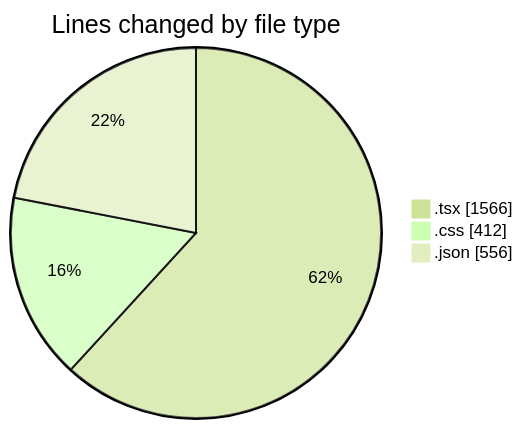
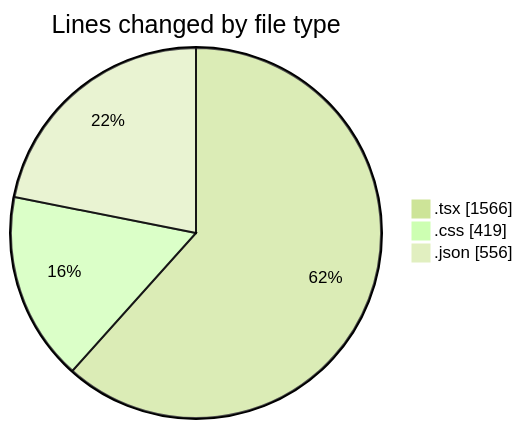
The first of 2 diagrams in 2025-08-04/tw-server/README.md (EIIisD/code-tracking), drawn with Mermaid (forest theme) before and after one commit. The commit also changed other lines of this file and 1 other file, not shown here.

````diff
--- a/2025-08-04/tw-server/README.md
+++ b/2025-08-04/tw-server/README.md
@@ -28,7 +28,7 @@
 ```mermaid
 pie showData
 title Lines changed by file type
 ".tsx" : 1566
-".css" : 412
+".css" : 419
 ".json" : 556
 ```
````
